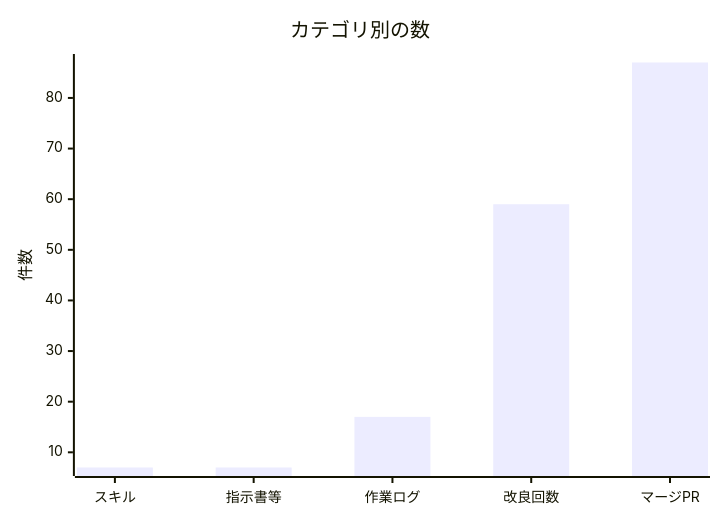
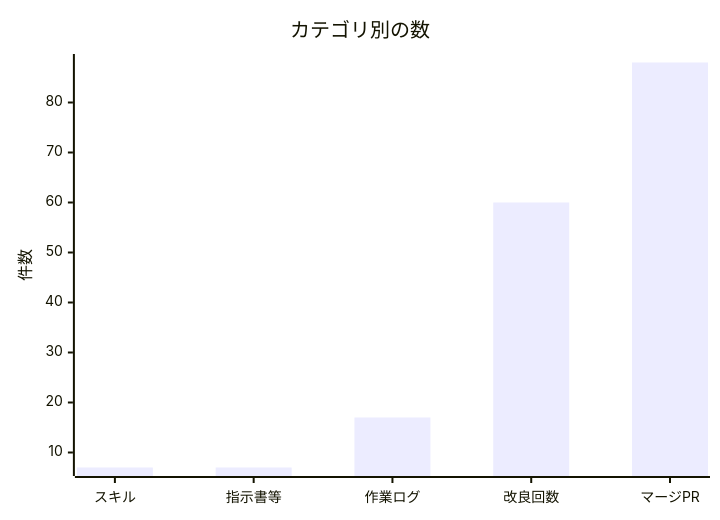
One commit to non-x2/non-x2 changed the second of 2 diagrams in docs/進化レポート.md. Above: the diagram before and after it, drawn with Mermaid. The commit also changed other lines of this file and 3 other files, not shown here.

First line of the commit message:
🧭 地図の見張り番に「docsの歩き方」の目次も見張らせた（候補47）

````diff
--- a/docs/進化レポート.md
+++ b/docs/進化レポート.md
@@ -33,7 +33,7 @@
 ```mermaid
 xychart-beta
     title "カテゴリ別の数"
     x-axis ["スキル", "指示書等", "作業ログ", "改良回数", "マージPR"]
     y-axis "件数"
-    bar [7, 7, 17, 59, 87]
+    bar [7, 7, 17, 60, 88]
 ```
````
